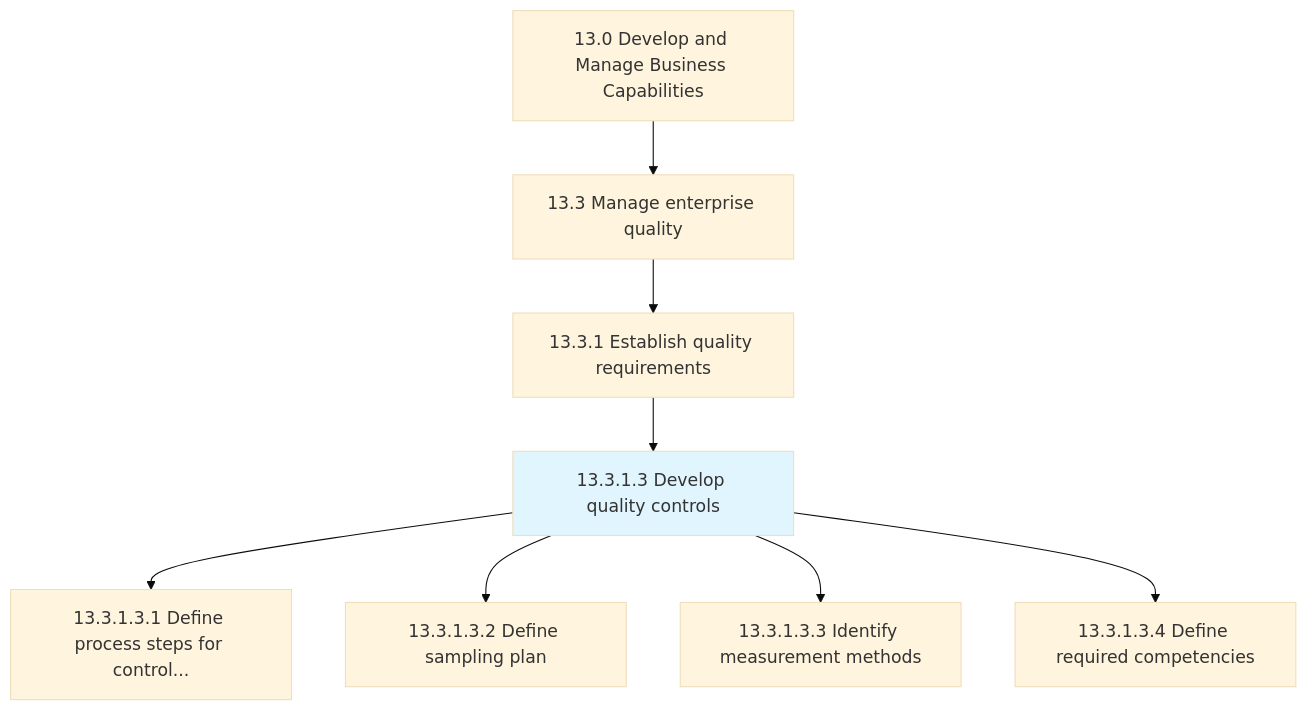
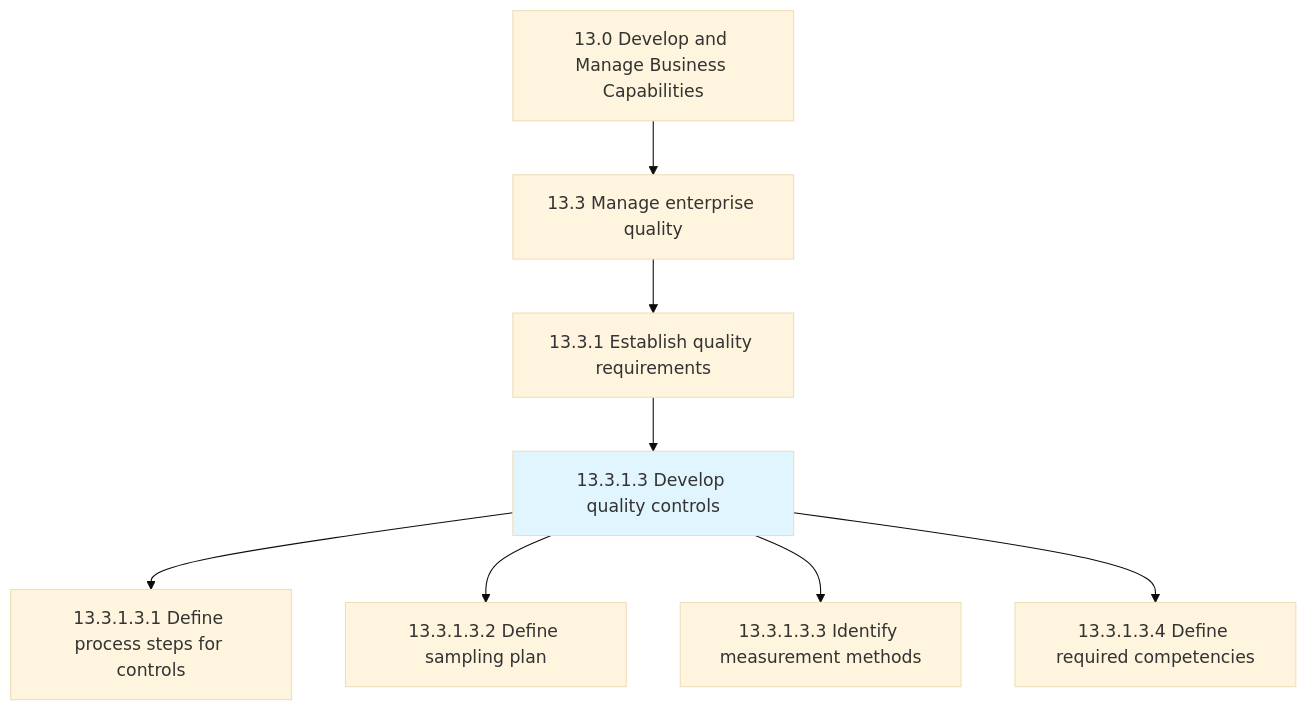
Before and after one commit to kziemski/business.org.ai: the first of 2 diagrams in processes/13-Capabilities/13.3-ManageEnterpriseQuality/13.3.1-EstablishQualityRequirements/13.3.1.3-DevelopQualityControls/index.mdx, drawn with Mermaid (base theme). The commit also changed other lines of this file and 885 other files, not shown here.

````diff
--- a/processes/13-Capabilities/13.3-ManageEnterpriseQuality/13.3.1-EstablishQualityRequirements/13.3.1.3-DevelopQualityControls/index.mdx
+++ b/processes/13-Capabilities/13.3-ManageEnterpriseQuality/13.3.1-EstablishQualityRequirements/13.3.1.3-DevelopQualityControls/index.mdx
@@ -25,12 +27,12 @@
 ```mermaid
 graph TD
     C13["13.0 Develop and Manage Business Capabilities"]
     C13 --> N13_3["13.3 Manage enterprise quality"]
     N13_3 --> N13_3_1["13.3.1 Establish quality requirements"]
     N13_3_1 --> N13_3_1_3["13.3.1.3 Develop quality controls"]
     style N13_3_1_3 fill:#e1f5fe
-    N13_3_1_3 --> N13_3_1_3_1["13.3.1.3.1 Define process steps for control..."]
+    N13_3_1_3 --> N13_3_1_3_1["13.3.1.3.1 Define process steps for controls"]
     N13_3_1_3 --> N13_3_1_3_2["13.3.1.3.2 Define sampling plan"]
     N13_3_1_3 --> N13_3_1_3_3["13.3.1.3.3 Identify measurement methods"]
     N13_3_1_3 --> N13_3_1_3_4["13.3.1.3.4 Define required competencies"]
 ```
````
